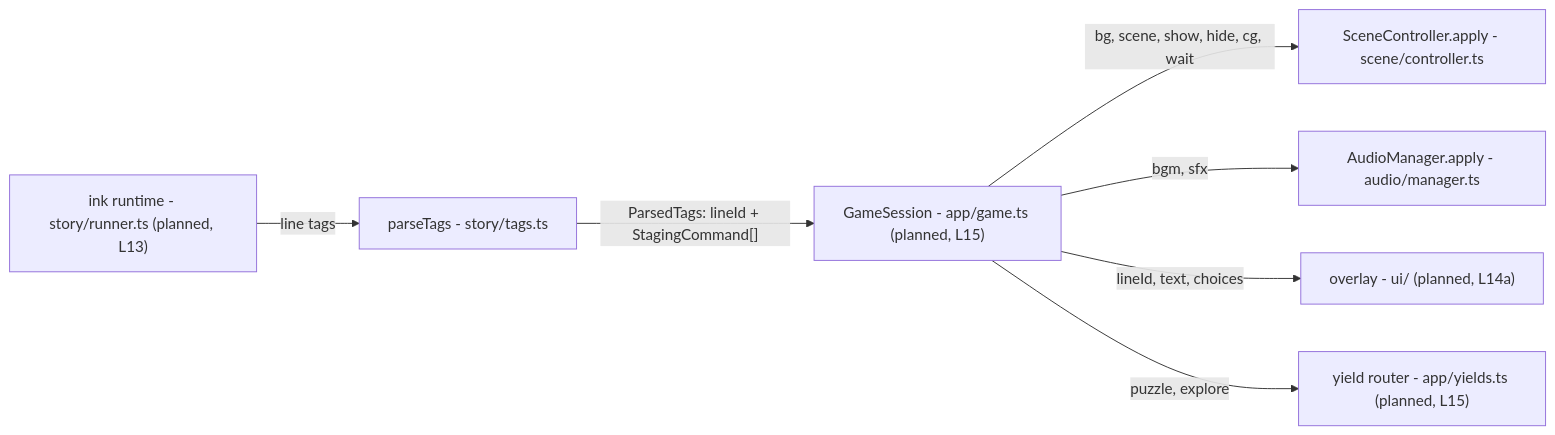
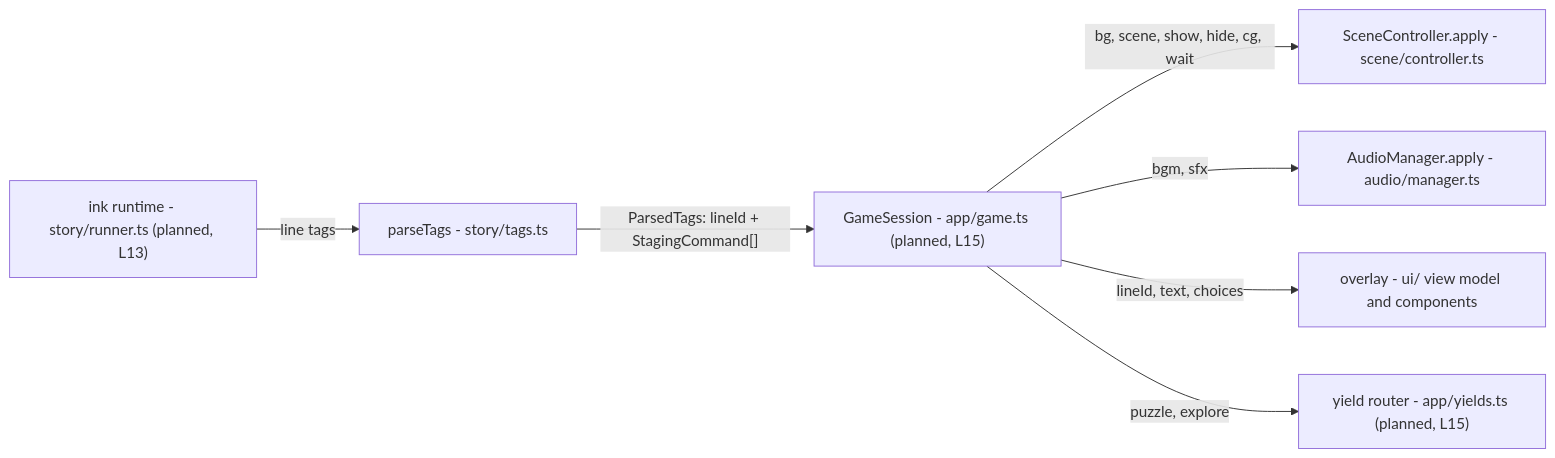
Before and after one commit to bluesteelll/tg-app-novel: the second of 6 diagrams in docs/ARCHITECTURE.md, drawn with Mermaid. The commit also changed other lines of this file and 2 other files, not shown here.

````diff
--- a/docs/ARCHITECTURE.md
+++ b/docs/ARCHITECTURE.md
@@ -100,9 +108,9 @@
 ```mermaid
 flowchart LR
     I["ink runtime - story/runner.ts (planned, L13)"] -->|line tags| P["parseTags - story/tags.ts"]
     P -->|"ParsedTags: lineId + StagingCommand[]"| G["GameSession - app/game.ts (planned, L15)"]
     G -->|"bg, scene, show, hide, cg, wait"| SC["SceneController.apply - scene/controller.ts"]
     G -->|"bgm, sfx"| AM["AudioManager.apply - audio/manager.ts"]
-    G -->|"lineId, text, choices"| OV["overlay - ui/ (planned, L14a)"]
+    G -->|"lineId, text, choices"| OV["overlay - ui/ view model and components"]
     G -->|"puzzle, explore"| Y["yield router - app/yields.ts (planned, L15)"]
 ```
````
